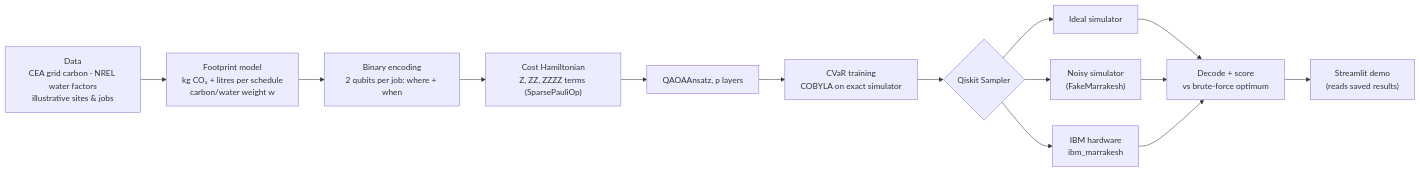
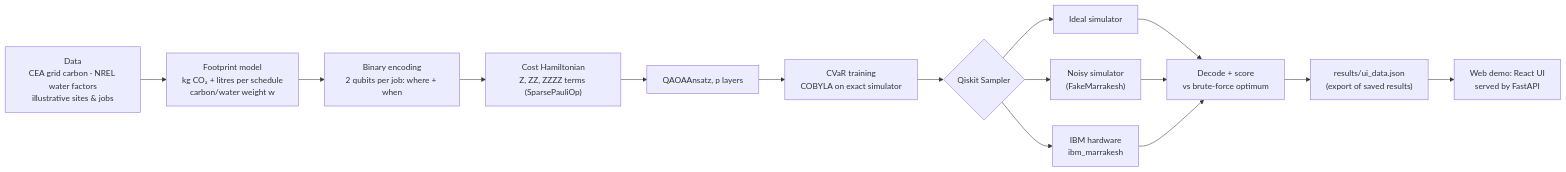
Before and after one commit to vtu-qiskit-fall-fest-2026/vtu-hc-response200: the diagram in README.md, drawn with Mermaid. The commit also changed other lines of this file and 2 other files, not shown here.

Commit message:
docs: README run steps for the one-command web demo (Node 20+), decisions D12-D13, explainer UI guide

````diff
--- a/README.md
+++ b/README.md
@@ -81,14 +81,15 @@
 ```mermaid
 flowchart LR
     A["Data<br/>CEA grid carbon · NREL water factors<br/>illustrative sites & jobs"] --> B["Footprint model<br/>kg CO₂ + litres per schedule<br/>carbon/water weight w"]
     B --> C["Binary encoding<br/>2 qubits per job: where + when"]
     C --> D["Cost Hamiltonian<br/>Z, ZZ, ZZZZ terms (SparsePauliOp)"]
     D --> E["QAOAAnsatz, p layers"]
     E --> F["CVaR training<br/>COBYLA on exact simulator"]
     F --> G{"Qiskit Sampler"}
     G --> H["Ideal simulator"]
     G --> I["Noisy simulator<br/>(FakeMarrakesh)"]
     G --> J["IBM hardware<br/>ibm_marrakesh"]
     H & I & J --> K["Decode + score<br/>vs brute-force optimum"]
-    K --> L["Streamlit demo<br/>(reads saved results)"]
+    K --> X["results/ui_data.json<br/>(export of saved results)"]
+    X --> L["Web demo: React UI<br/>served by FastAPI"]
 ```
````
